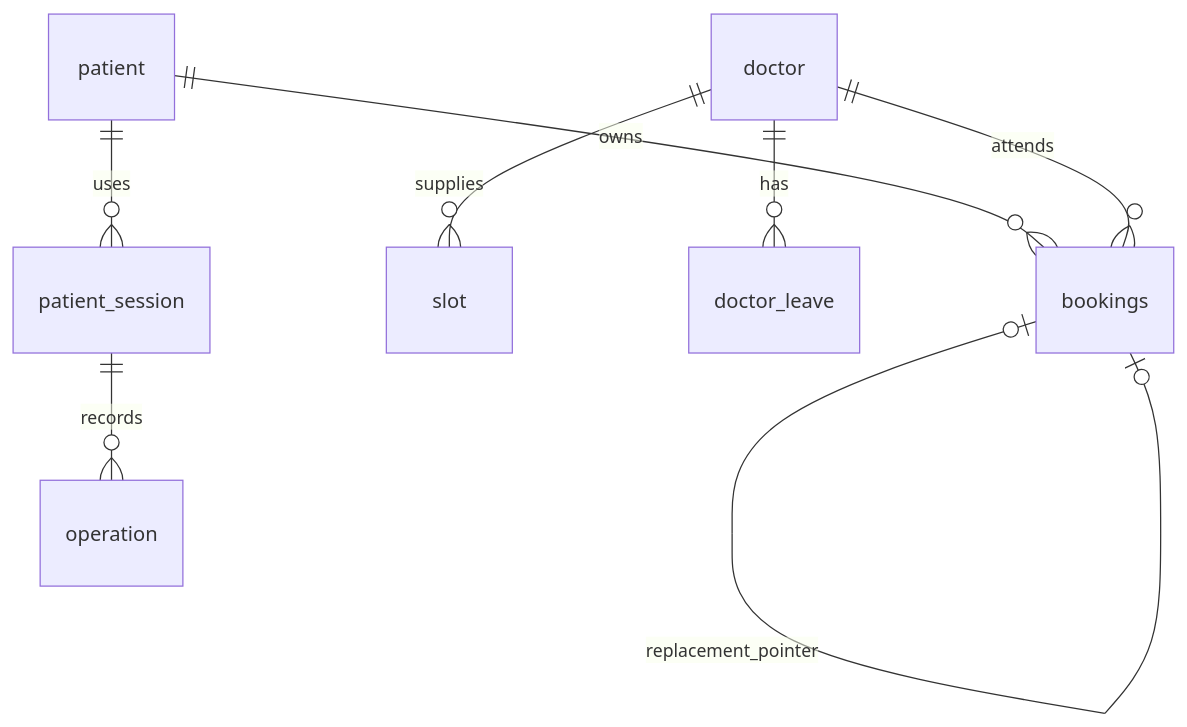
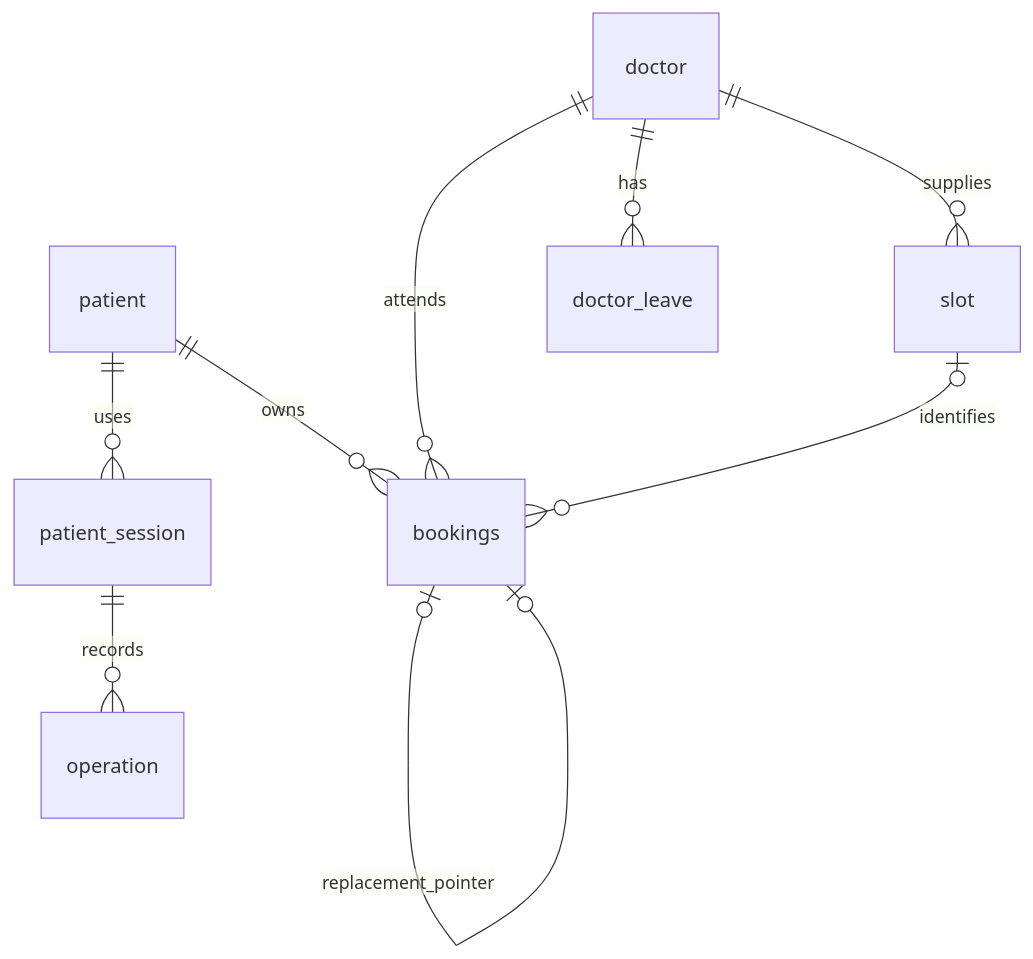
Before and after one commit to AbrarMalik4429/Apex-AI-Assessment: the diagram in docs/database.md, drawn with Mermaid. The commit also changed other lines of this file and 16 other files, not shown here.

````diff
--- a/docs/database.md
+++ b/docs/database.md
@@ -7,11 +7,12 @@
 ```mermaid
 erDiagram
     patient ||--o{ bookings : owns
     doctor ||--o{ slot : supplies
     doctor ||--o{ doctor_leave : has
     doctor ||--o{ bookings : attends
+    slot o|--o{ bookings : identifies
     bookings o|--o{ bookings : follow_up_parent
     bookings o|--o| bookings : replacement_pointer
     patient ||--o{ patient_session : uses
     patient_session ||--o{ operation : records
 ```
````
